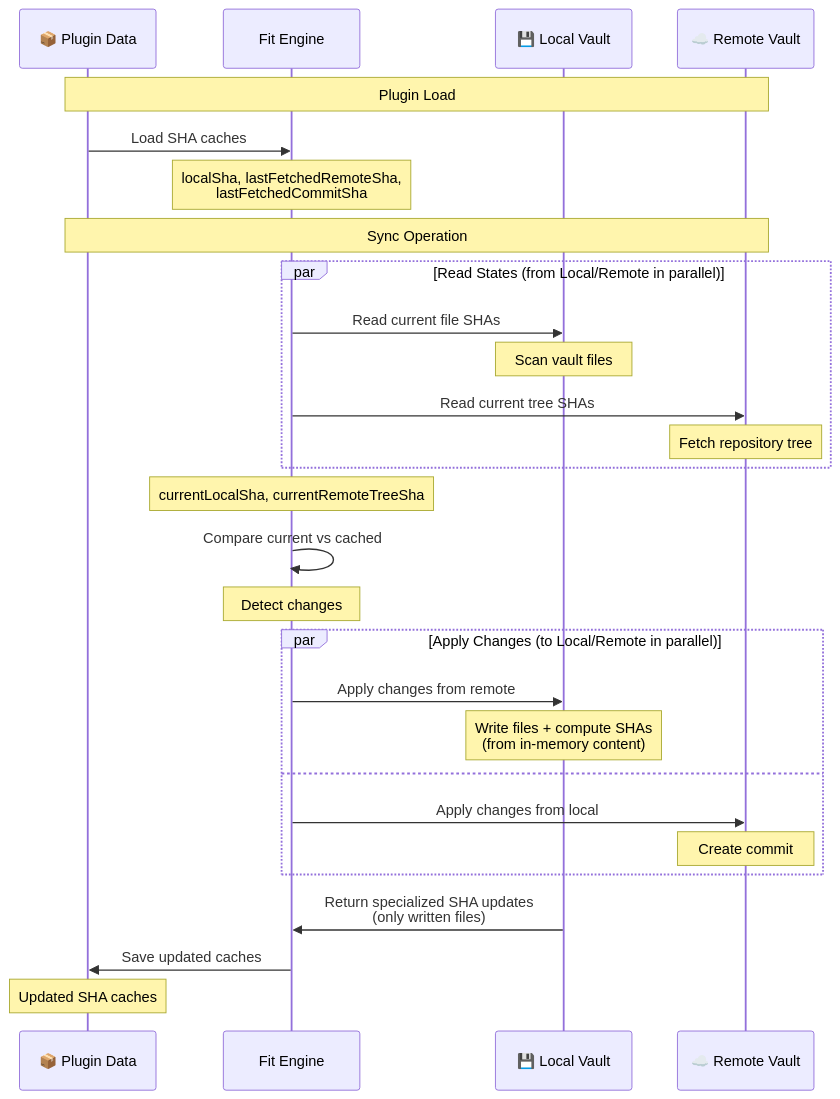
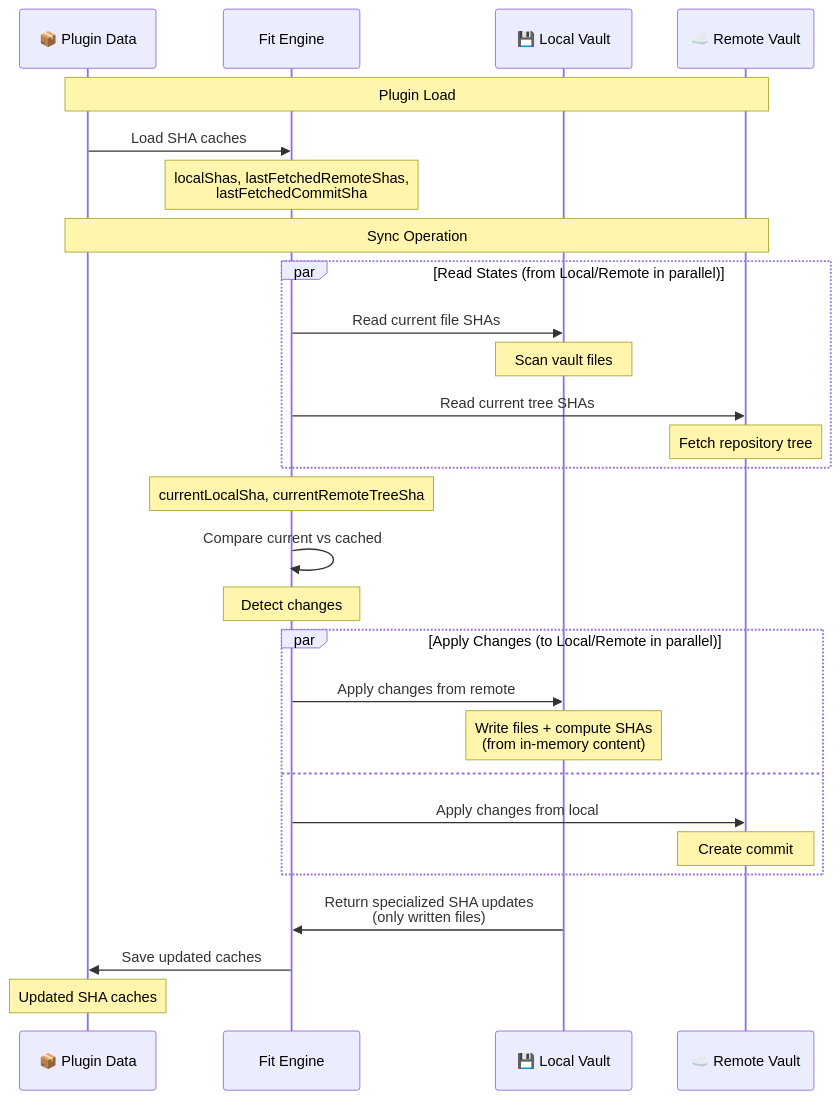
The first of 6 diagrams in docs/sync-logic.md (joshuakto/fit), drawn with Mermaid before and after one commit. The commit also changed other lines of this file and 11 other files, not shown here.

Commit message:
fix local SHA calculations to use canonical SHAs (#278)

````diff
--- a/docs/sync-logic.md
+++ b/docs/sync-logic.md
@@ -46,36 +46,36 @@
 ```mermaid
 sequenceDiagram
     participant Storage as 📦 Plugin Data
     participant Fit as Fit Engine
     participant Local as 💾 Local Vault
     participant Remote as ☁️ Remote Vault
 
     Note over Storage,Remote: Plugin Load
     Storage->>Fit: Load SHA caches
-    Note over Fit: localSha, lastFetchedRemoteSha,<br/>lastFetchedCommitSha
+    Note over Fit: localShas, lastFetchedRemoteShas,<br/>lastFetchedCommitSha
 
     Note over Storage,Remote: Sync Operation
     par Read States (from Local/Remote in parallel)
         Fit->>Local: Read current file SHAs
         Note over Local: Scan vault files
         Fit->>Remote: Read current tree SHAs
         Note over Remote: Fetch repository tree
     end
 
     Note over Fit: currentLocalSha, currentRemoteTreeSha
 
     Fit->>Fit: Compare current vs cached
     Note over Fit: Detect changes
 
     par Apply Changes (to Local/Remote in parallel)
         Fit->>Local: Apply changes from remote
         Note over Local: Write files + compute SHAs<br/>(from in-memory content)
     and
         Fit->>Remote: Apply changes from local
         Note over Remote: Create commit
     end
 
     Local->>Fit: Return specialized SHA updates<br/>(only written files)
     Fit->>Storage: Save updated caches
     Note over Storage: Updated SHA caches
 ```
````
